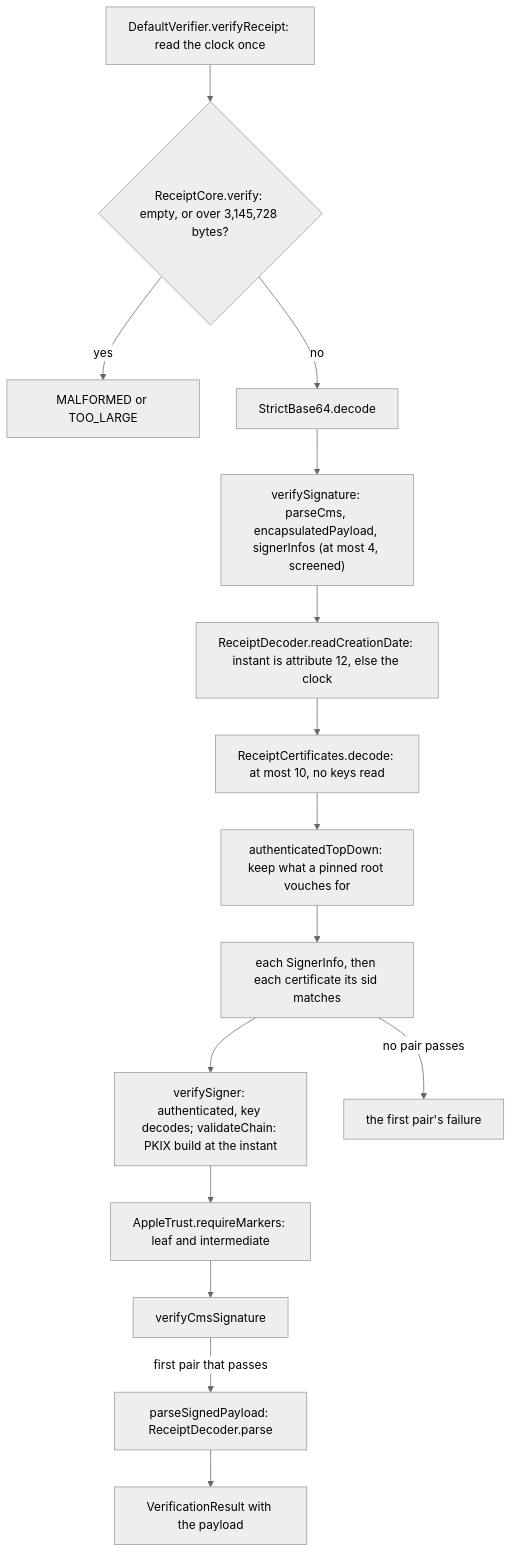
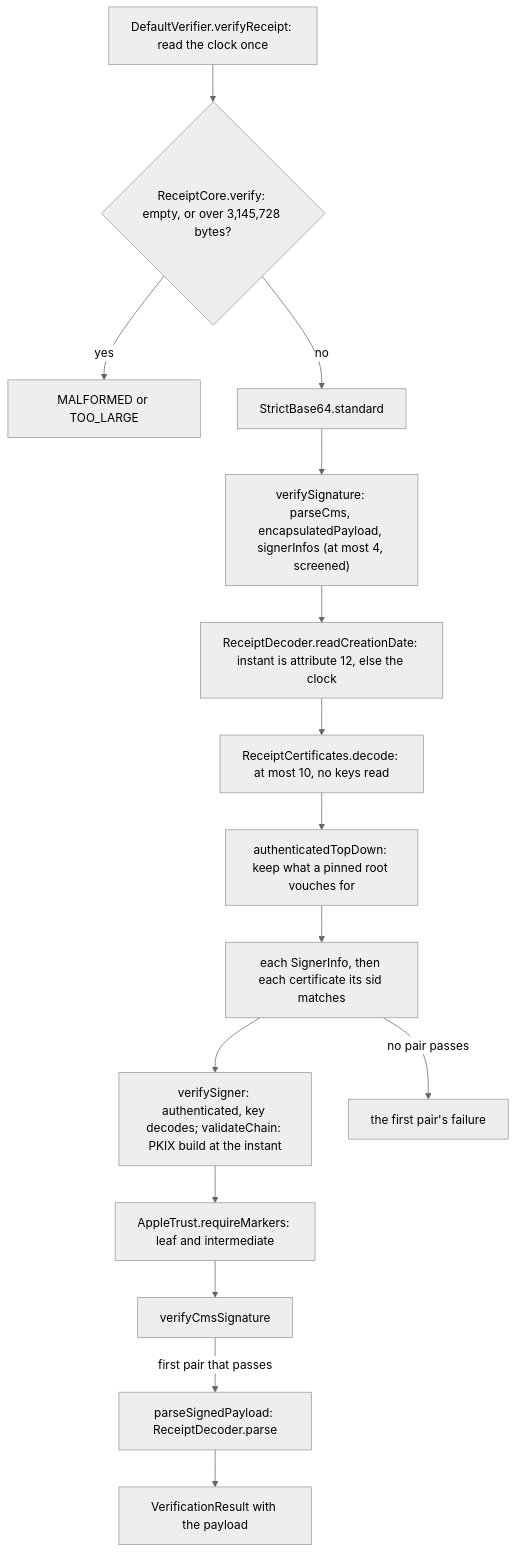
The third of 3 diagrams in java/WALKTHROUGH.md (emindeniz99/apple-purchase-receipt-verifier), drawn with Mermaid (neutral theme) before and after one commit. The commit also changed other lines of this file and 4 other files, not shown here.

````diff
--- a/java/WALKTHROUGH.md
+++ b/java/WALKTHROUGH.md
@@ -519,17 +519,17 @@
 ```mermaid
 flowchart TD
     S["DefaultVerifier.verifyReceipt: read the clock once"] --> C1{"ReceiptCore.verify: empty, or over 3,145,728 bytes?"}
     C1 -->|yes| F1["MALFORMED or TOO_LARGE"]
-    C1 -->|no| C2["StrictBase64.decode"]
+    C1 -->|no| C2["StrictBase64.standard"]
     C2 --> C3["verifySignature: parseCms, encapsulatedPayload, signerInfos (at most 4, screened)"]
     C3 --> C4["ReceiptDecoder.readCreationDate: instant is attribute 12, else the clock"]
     C4 --> C5["ReceiptCertificates.decode: at most 10, no keys read"]
     C5 --> C6["authenticatedTopDown: keep what a pinned root vouches for"]
     C6 --> L["each SignerInfo, then each certificate its sid matches"]
     L --> C7["verifySigner: authenticated, key decodes; validateChain: PKIX build at the instant"]
     C7 --> C8["AppleTrust.requireMarkers: leaf and intermediate"]
     C8 --> C9["verifyCmsSignature"]
     C9 -->|first pair that passes| C10["parseSignedPayload: ReceiptDecoder.parse"]
     C10 --> OK["VerificationResult with the payload"]
     L -->|no pair passes| F2["the first pair's failure"]
 ```
````
